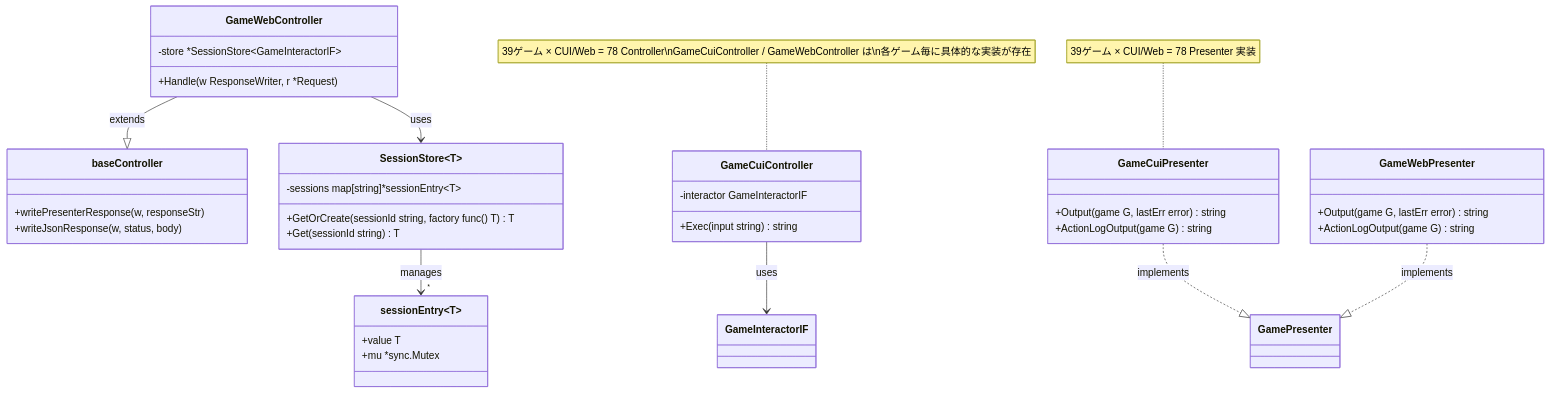
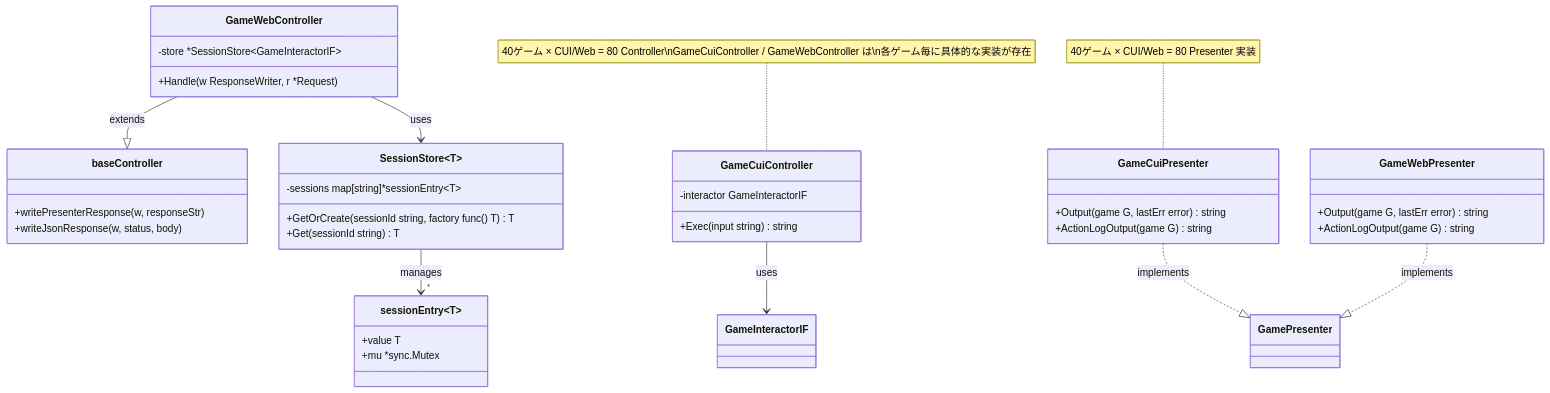
Before and after one commit to yuta-yoshinaga/go_trumpcards: diagram 11 of 52 in docs/design/backend.md, drawn with Mermaid. The commit also changed other lines of this file and 52 other files, not shown here.

````diff
--- a/docs/design/backend.md
+++ b/docs/design/backend.md
@@ -1158,48 +1189,48 @@
 ```mermaid
 classDiagram
     class baseController {
         +writePresenterResponse(w, responseStr)
         +writeJsonResponse(w, status, body)
     }
 
     class SessionStore~T~ {
         -sessions map[string]*sessionEntry~T~
         +GetOrCreate(sessionId string, factory func() T) T
         +Get(sessionId string) T
     }
 
     class sessionEntry~T~ {
         +value T
         +mu *sync.Mutex
     }
 
     class GameCuiController {
         -interactor GameInteractorIF
         +Exec(input string) string
     }
 
     class GameWebController {
         -store *SessionStore~GameInteractorIF~
         +Handle(w ResponseWriter, r *Request)
     }
 
     class GameCuiPresenter {
         +Output(game G, lastErr error) string
         +ActionLogOutput(game G) string
     }
 
     class GameWebPresenter {
         +Output(game G, lastErr error) string
         +ActionLogOutput(game G) string
     }
 
     GameWebController --|> baseController : extends
     GameWebController --> SessionStore : uses
     SessionStore --> "*" sessionEntry : manages
     GameCuiController --> GameInteractorIF : uses
     GameCuiPresenter ..|> GamePresenter : implements
     GameWebPresenter ..|> GamePresenter : implements
 
-    note for GameCuiController "39ゲーム × CUI/Web = 78 Controller\nGameCuiController / GameWebController は\n各ゲーム毎に具体的な実装が存在"
-    note for GameCuiPresenter "39ゲーム × CUI/Web = 78 Presenter 実装"
+    note for GameCuiController "40ゲーム × CUI/Web = 80 Controller\nGameCuiController / GameWebController は\n各ゲーム毎に具体的な実装が存在"
+    note for GameCuiPresenter "40ゲーム × CUI/Web = 80 Presenter 実装"
 ```
````
